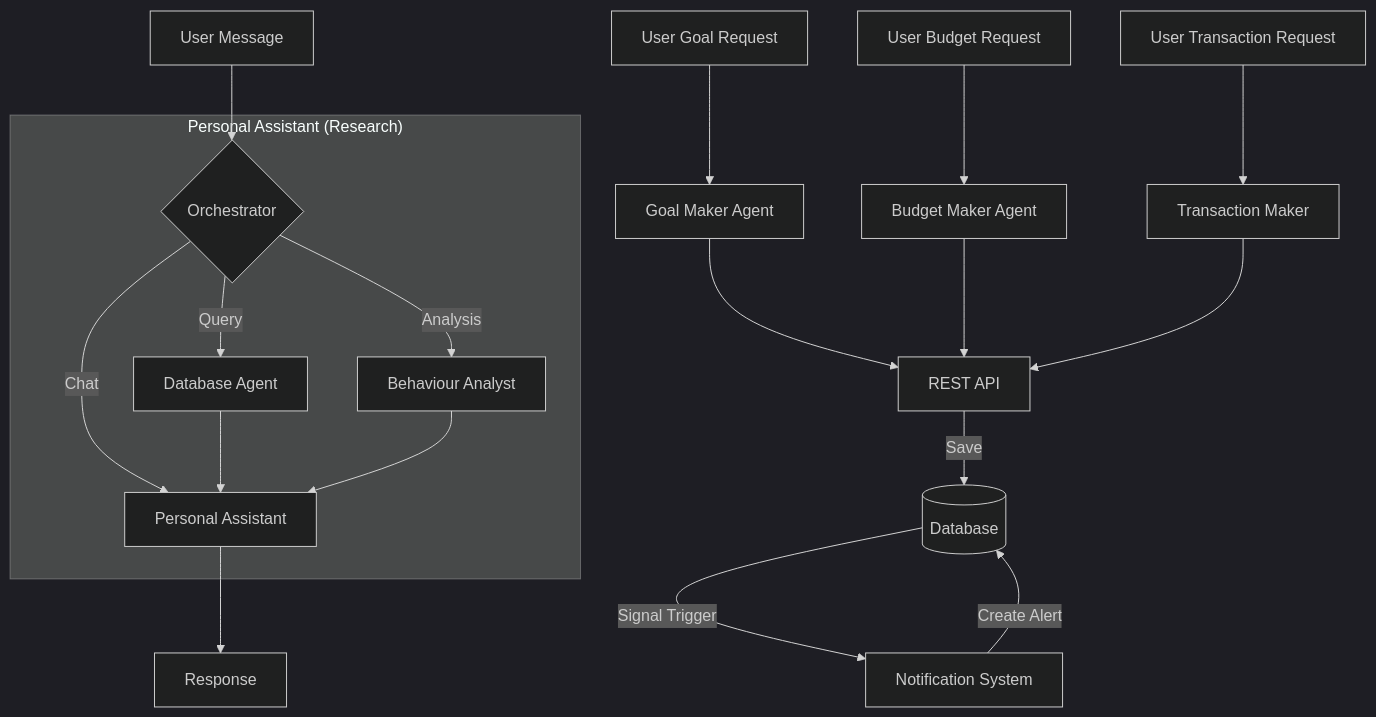
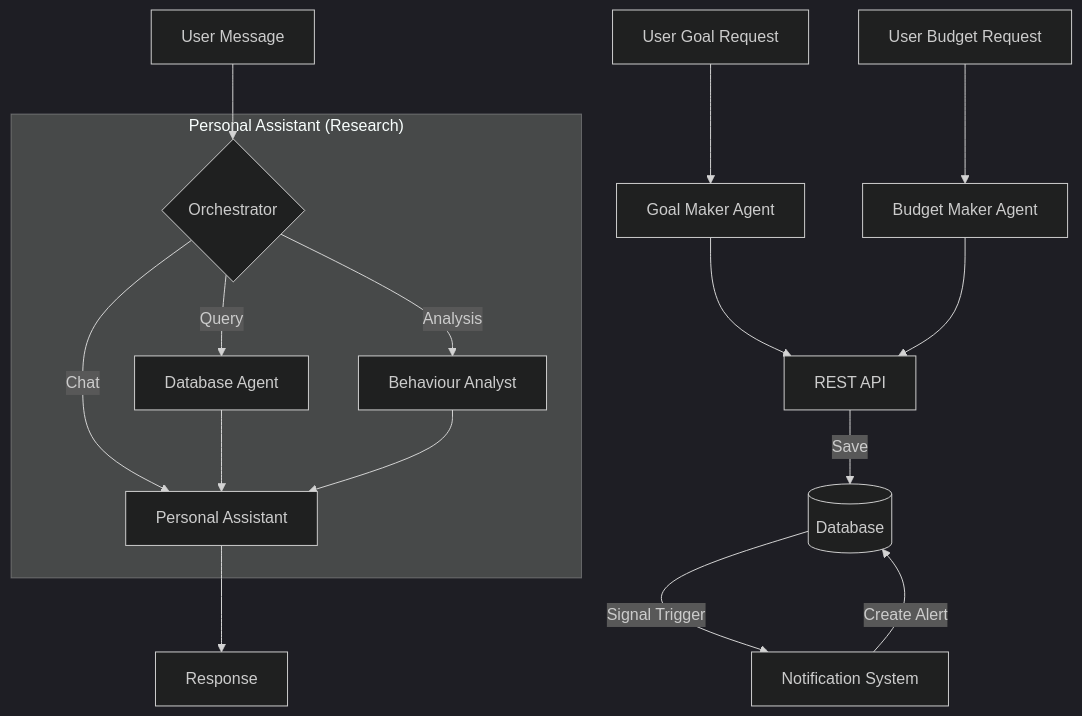
Before and after one commit to Apo-Eclipse/Grad: the third of 4 diagrams in README.md, drawn with Mermaid (dark theme). The commit also changed other lines of this file and 1 other file, not shown here.

Commit message:
Clarify the Personal Assistant Agent's role, remove the Transaction Maker agent, add the Budget Notification System, and refactor the database diagram from ER to Class diagram.

````diff
--- a/README.md
+++ b/README.md
@@ -104,31 +104,30 @@
 ```mermaid
 graph TD
     subgraph Personal_Assistant ["Personal Assistant (Research)"]
         Router{Orchestrator}
         DBAgent[Database Agent]
         Analyst[Behaviour Analyst]
         Chat[Personal Assistant]
 
         Router -->|Query| DBAgent
         Router -->|Analysis| Analyst
         Router -->|Chat| Chat
         DBAgent --> Chat
         Analyst --> Chat
     end
     
     User[User Message] --> Router
     Chat --> Final[Response]
     
     User2[User Goal Request] --> GoalMaker[Goal Maker Agent]
     GoalMaker --> API[REST API]
 
     User3[User Budget Request] --> BudgetMaker[Budget Maker Agent]
     BudgetMaker --> API
     
-    User4[User Transaction Request] --> TransactionMaker[Transaction Maker]
-    TransactionMaker --> API
+
     
     API -->|Save| DB[(Database)]
     DB -->|Signal Trigger| NotificationSystem[Notification System]
     NotificationSystem -->|Create Alert| DB
 ```
````
